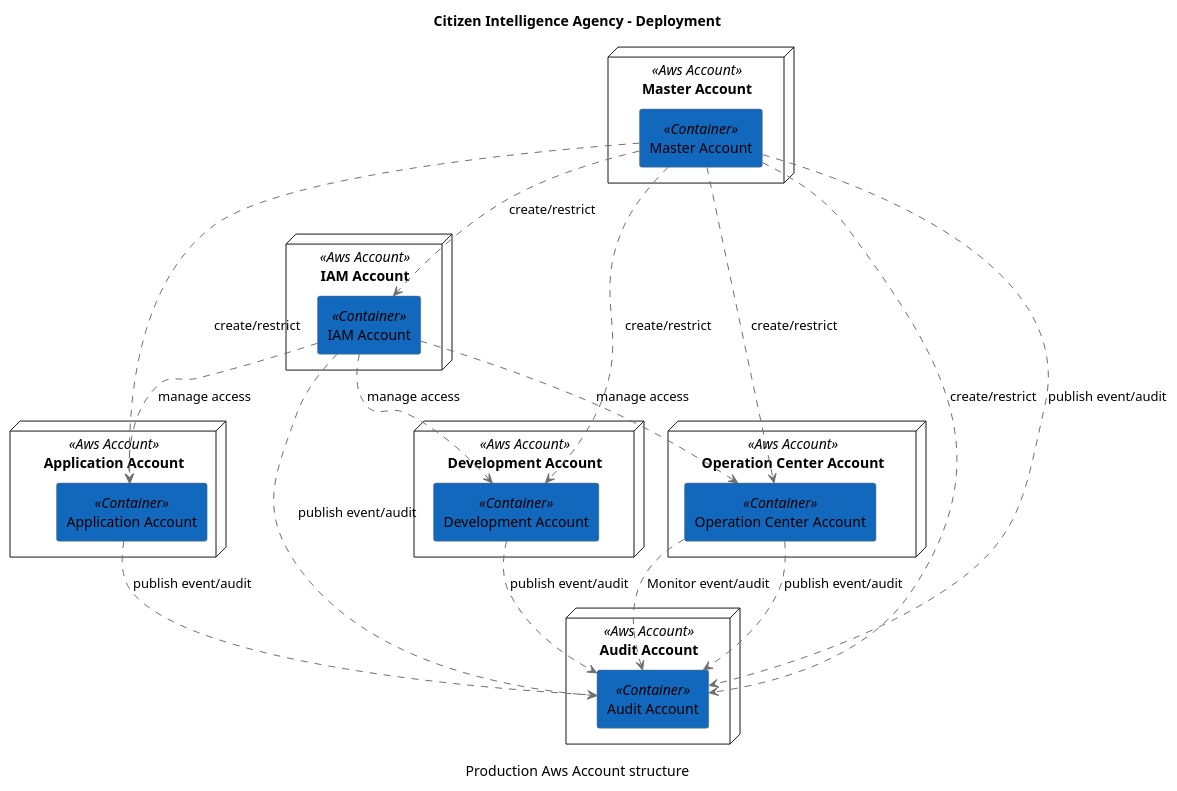
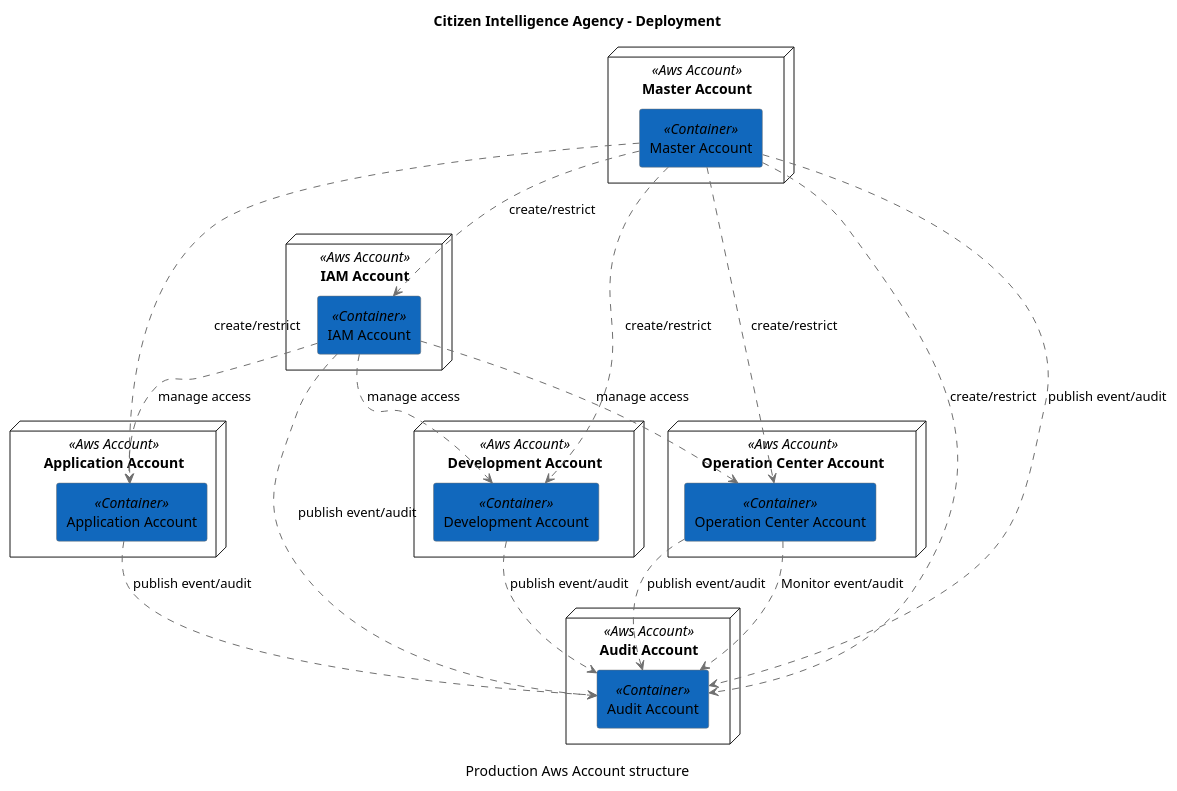
Before and after one commit to Hack23/cia: the diagram in architecture/Citizen-Intelligence-Agency-Prod-Aws-Account-Structure.pu, drawn with PlantUML. The commit also changed other lines of this file and 1455 other files, not shown here.

```diff
--- a/architecture/Citizen-Intelligence-Agency-Prod-Aws-Account-Structure.pu
+++ b/architecture/Citizen-Intelligence-Agency-Prod-Aws-Account-Structure.pu
@@ -1,47 +1,47 @@
 @startuml(id="Production_Aws_Account_structure")
 scale max 2000x2000
 title Citizen Intelligence Agency - Deployment
 caption "Production Aws Account structure"
 
 skinparam {
   shadowing false
   arrowColor #707070
   actorBorderColor #707070
   componentBorderColor #707070
   rectangleBorderColor #707070
   noteBackgroundColor #ffffff
   noteBorderColor #707070
 }
 node "Application Account" <<Aws Account>> as 12 {
   rectangle "Application Account" <<Container>> as 34 #1168bd
 }
 node "Audit Account" <<Aws Account>> as 10 {
   rectangle "Audit Account" <<Container>> as 30 #1168bd
 }
 node "Development Account" <<Aws Account>> as 6 {
   rectangle "Development Account" <<Container>> as 29 #1168bd
 }
 node "IAM Account" <<Aws Account>> as 4 {
   rectangle "IAM Account" <<Container>> as 36 #1168bd
 }
 node "Master Account" <<Aws Account>> as 2 {
   rectangle "Master Account" <<Container>> as 41 #1168bd
 }
 node "Operation Center Account" <<Aws Account>> as 8 {
   rectangle "Operation Center Account" <<Container>> as 28 #1168bd
 }
 36 .[#707070].> 30 : publish event/audit
 41 .[#707070].> 34 : create/restrict
-41 .[#707070].> 36 : create/restrict
+41 .[#707070].> 28 : create/restrict
+28 .[#707070].> 30 : Monitor event/audit
 28 .[#707070].> 30 : publish event/audit
-29 .[#707070].> 30 : publish event/audit
 36 .[#707070].> 34 : manage access
 34 .[#707070].> 30 : publish event/audit
-28 .[#707070].> 30 : Monitor event/audit
+29 .[#707070].> 30 : publish event/audit
 41 .[#707070].> 29 : create/restrict
-41 .[#707070].> 28 : create/restrict
+41 .[#707070].> 36 : create/restrict
 41 .[#707070].> 30 : create/restrict
 41 .[#707070].> 30 : publish event/audit
+36 .[#707070].> 28 : manage access
 36 .[#707070].> 29 : manage access
-36 .[#707070].> 28 : manage access
 @enduml
```
